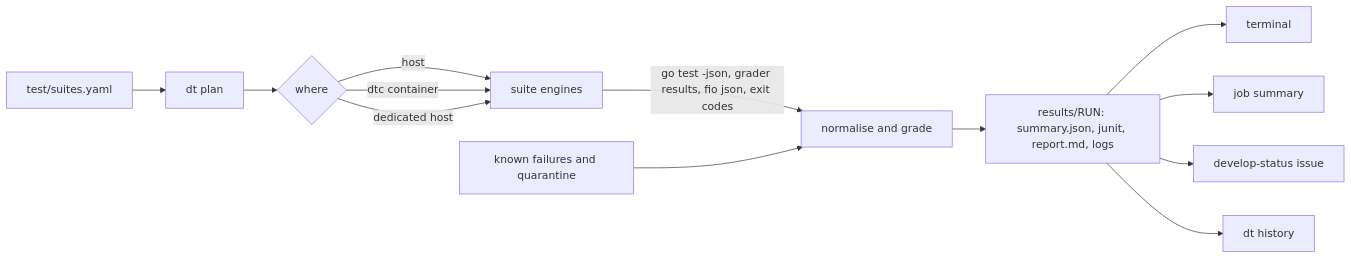
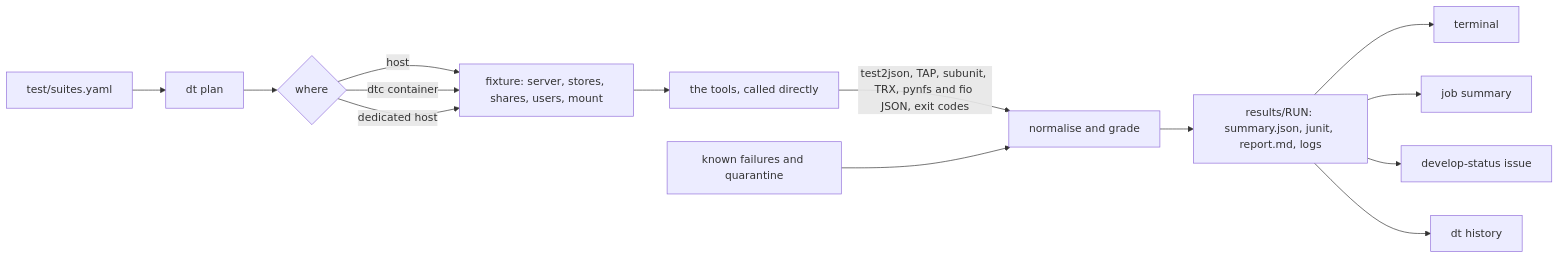
Before and after one commit to marmos91/dittofs: the diagram in docs/internals/rfc-test-harness.md, drawn with Mermaid. The commit also changed other lines of this file, not shown here.

First line of the commit message:
docs(test): RFC calls the tools directly, with fixtures and CTRF results

````diff
--- a/docs/internals/rfc-test-harness.md
+++ b/docs/internals/rfc-test-harness.md
@@ -112,15 +144,16 @@
 ```mermaid
 flowchart LR
   R[test/suites.yaml] --> P[dt plan]
   P --> X{where}
-  X -->|host| E[suite engines]
-  X -->|dtc container| E
-  X -->|dedicated host| E
-  E -->|go test -json, grader results, fio json, exit codes| N[normalise and grade]
+  X -->|host| F[fixture: server, stores, shares, users, mount]
+  X -->|dtc container| F
+  X -->|dedicated host| F
+  F --> E[the tools, called directly]
+  E -->|test2json, TAP, subunit, TRX, pynfs and fio JSON, exit codes| N[normalise and grade]
   K[known failures and quarantine] --> N
   N --> S[results/RUN: summary.json, junit, report.md, logs]
   S --> T[terminal]
   S --> J[job summary]
   S --> I[develop-status issue]
   S --> H[dt history]
 ```
````
